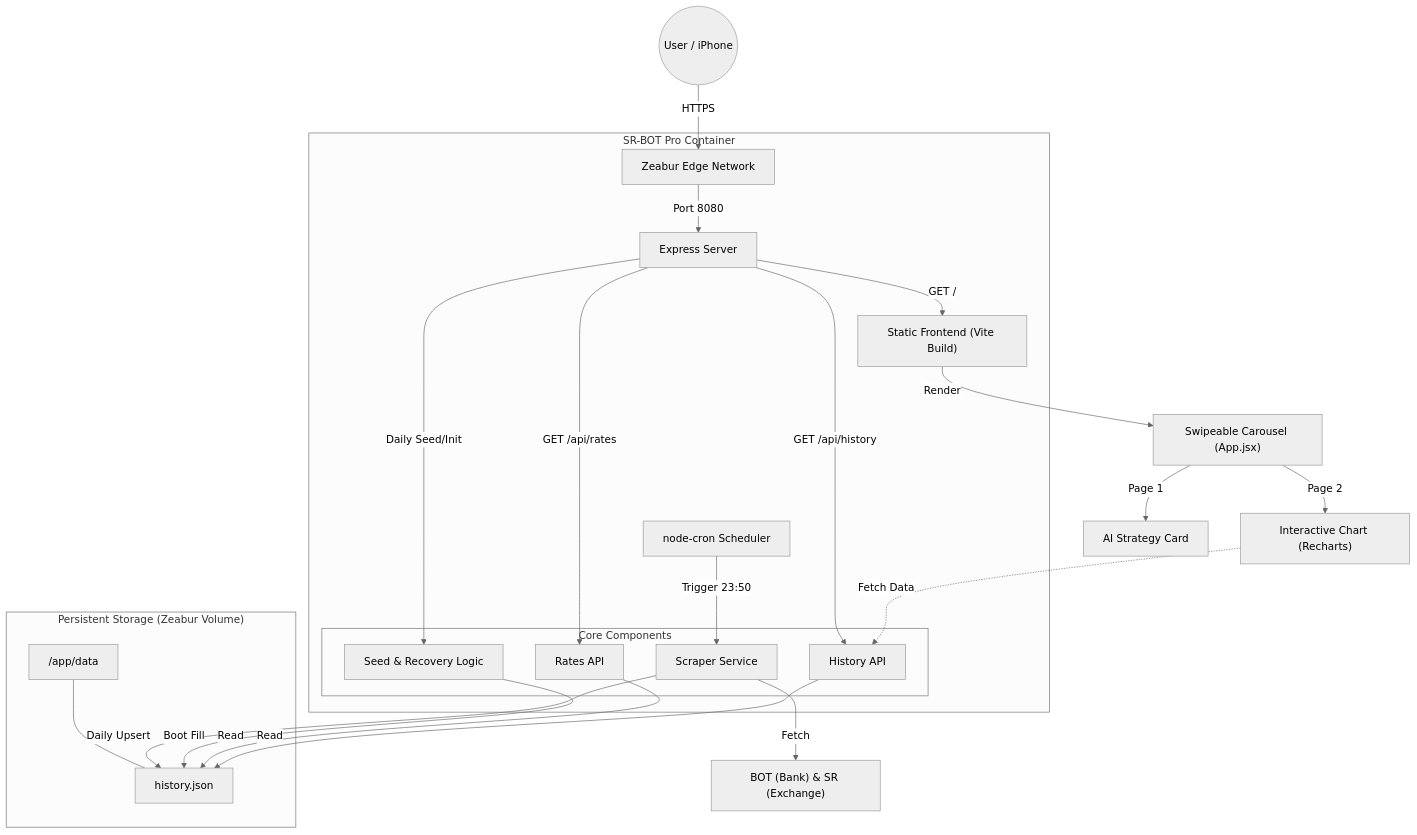
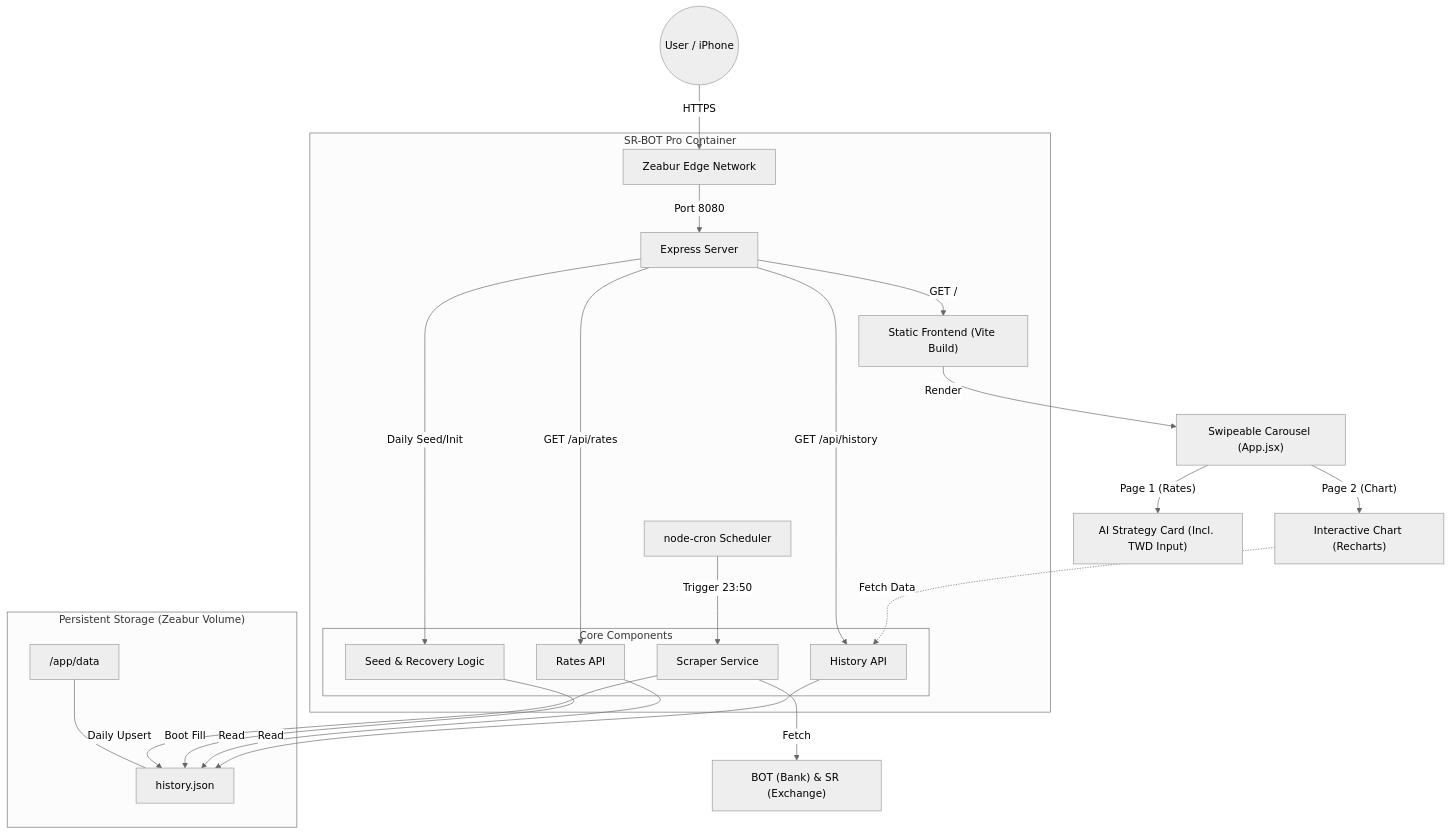
Before and after one commit to lawrence555-dev/sr-bot-pro-exchange: the first of 2 diagrams in docs/SYSTEM_ANALYSIS.md, drawn with Mermaid (neutral theme). The commit also changed other lines of this file and 1 other file, not shown here.

````diff
--- a/docs/SYSTEM_ANALYSIS.md
+++ b/docs/SYSTEM_ANALYSIS.md
@@ -7,40 +7,40 @@
 ```mermaid
 graph TD
     User(("User / iPhone")) -->|HTTPS| LoadBalancer["Zeabur Edge Network"]
     
     subgraph "SR-BOT Pro Container"
         LoadBalancer -->|Port 8080| Express[Express Server]
         
         Express -->|GET /| StaticFE["Static Frontend (Vite Build)"]
         Express -->|GET /api/rates| RatesAPI["Rates API"]
         Express -->|GET /api/history| HistoryAPI["History API"]
         
         Express -->|Daily Seed/Init| SeedLogic["Seed & Recovery Logic"]
         Scheduler["node-cron Scheduler"] -->|Trigger 23:50| ScraperService
         
         subgraph "Core Components"
             ScraperService["Scraper Service"] 
             RatesAPI
             HistoryAPI
             SeedLogic
         end
     end
     
     subgraph "Persistent Storage (Zeabur Volume)"
         Volume["/app/data"]
         HistoryFile["history.json"]
         Volume --- HistoryFile
     end
     
     %% Flows
     ScraperService -->|"Fetch"| ExternalBanks["BOT (Bank) & SR (Exchange)"]
     ScraperService -->|"Daily Upsert"| HistoryFile
     SeedLogic -->|"Boot Fill"| HistoryFile
     RatesAPI -->|"Read"| HistoryFile
     HistoryAPI -->|"Read"| HistoryFile
     
     StaticFE -->|"Render"| Carousel["Swipeable Carousel (App.jsx)"]
-    Carousel -->|"Page 1"| StrategyCard["AI Strategy Card"]
-    Carousel -->|"Page 2"| Recharts["Interactive Chart (Recharts)"]
+    Carousel -->|"Page 1 (Rates)"| StrategyCard["AI Strategy Card (Incl. TWD Input)"]
+    Carousel -->|"Page 2 (Chart)"| Recharts["Interactive Chart (Recharts)"]
     Recharts -.->|"Fetch Data"| HistoryAPI
 ```
````
